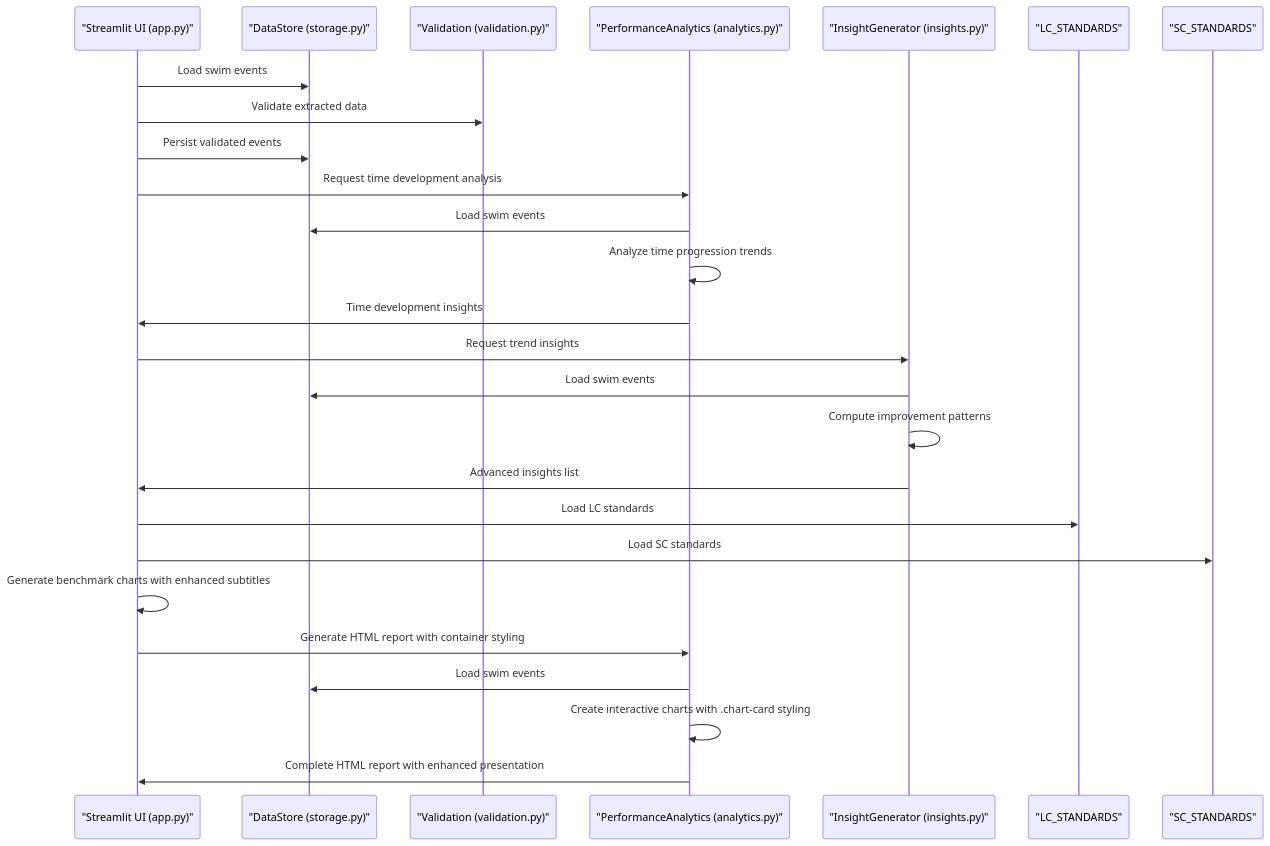
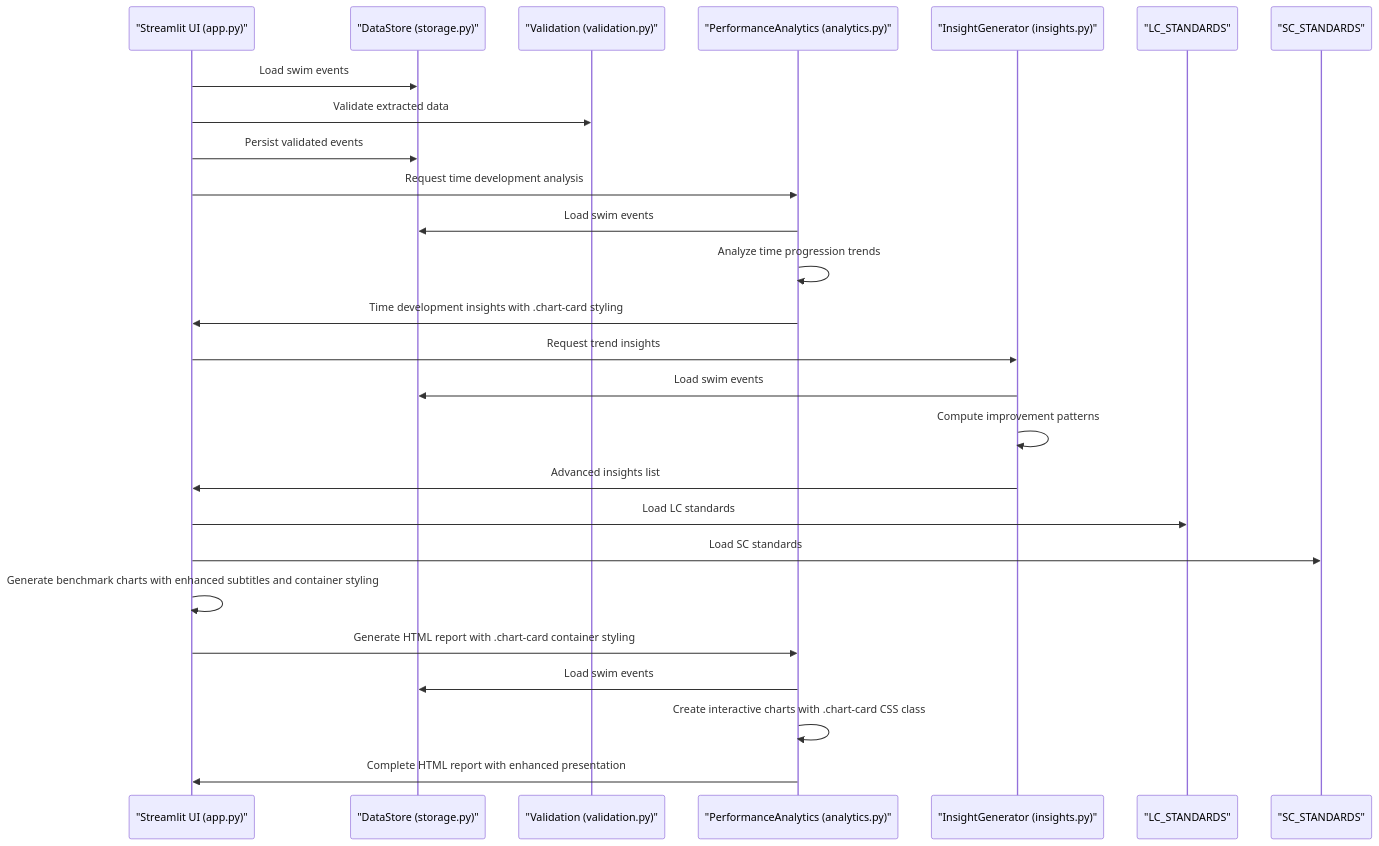
One commit to Johnny22056/SwimingStatus changed the second of 7 diagrams in .qoder/repowiki/en/content/Feature Modules/Analytics Engine.md. Above: the diagram before and after it, drawn with Mermaid. The commit also changed other lines of this file and 5 other files, not shown here.

````diff
--- a/.qoder/repowiki/en/content/Feature Modules/Analytics Engine.md
+++ b/.qoder/repowiki/en/content/Feature Modules/Analytics Engine.md
@@ -105,28 +105,28 @@
 ```mermaid
 sequenceDiagram
 participant UI as "Streamlit UI (app.py)"
 participant Store as "DataStore (storage.py)"
 participant Val as "Validation (validation.py)"
 participant PA as "PerformanceAnalytics (analytics.py)"
 participant IG as "InsightGenerator (insights.py)"
 participant LC as "LC_STANDARDS"
 participant SC as "SC_STANDARDS"
 UI->>Store : Load swim events
 UI->>Val : Validate extracted data
 UI->>Store : Persist validated events
 UI->>PA : Request time development analysis
 PA->>Store : Load swim events
 PA->>PA : Analyze time progression trends
-PA->>UI : Time development insights
+PA->>UI : Time development insights with .chart-card styling
 UI->>IG : Request trend insights
 IG->>Store : Load swim events
 IG->>IG : Compute improvement patterns
 IG->>UI : Advanced insights list
 UI->>LC : Load LC standards
 UI->>SC : Load SC standards
-UI->>UI : Generate benchmark charts with enhanced subtitles
-UI->>PA : Generate HTML report with container styling
+UI->>UI : Generate benchmark charts with enhanced subtitles and container styling
+UI->>PA : Generate HTML report with .chart-card container styling
 PA->>Store : Load swim events
-PA->>PA : Create interactive charts with .chart-card styling
+PA->>PA : Create interactive charts with .chart-card CSS class
 PA->>UI : Complete HTML report with enhanced presentation
 ```
````
